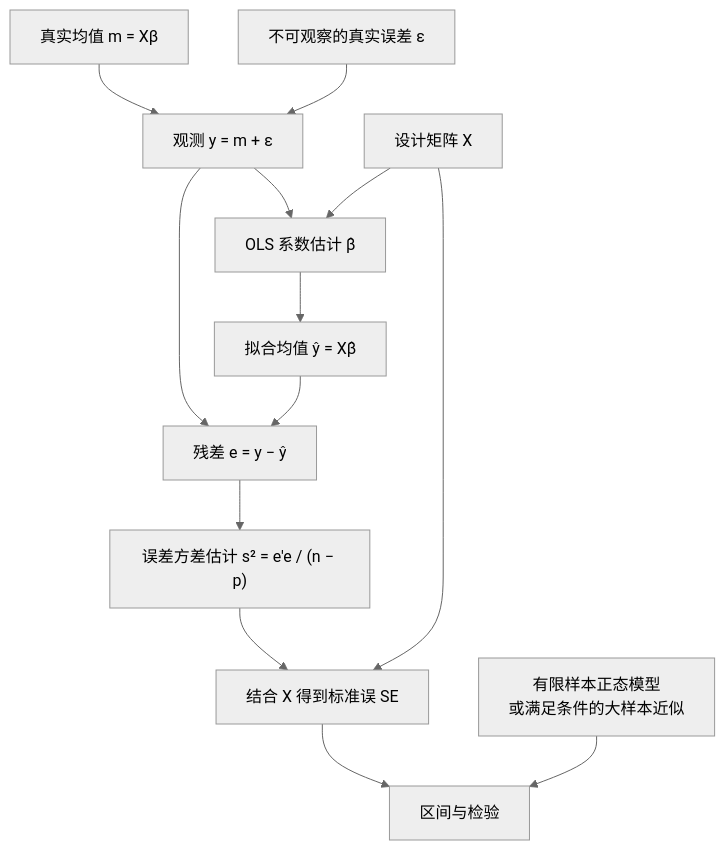
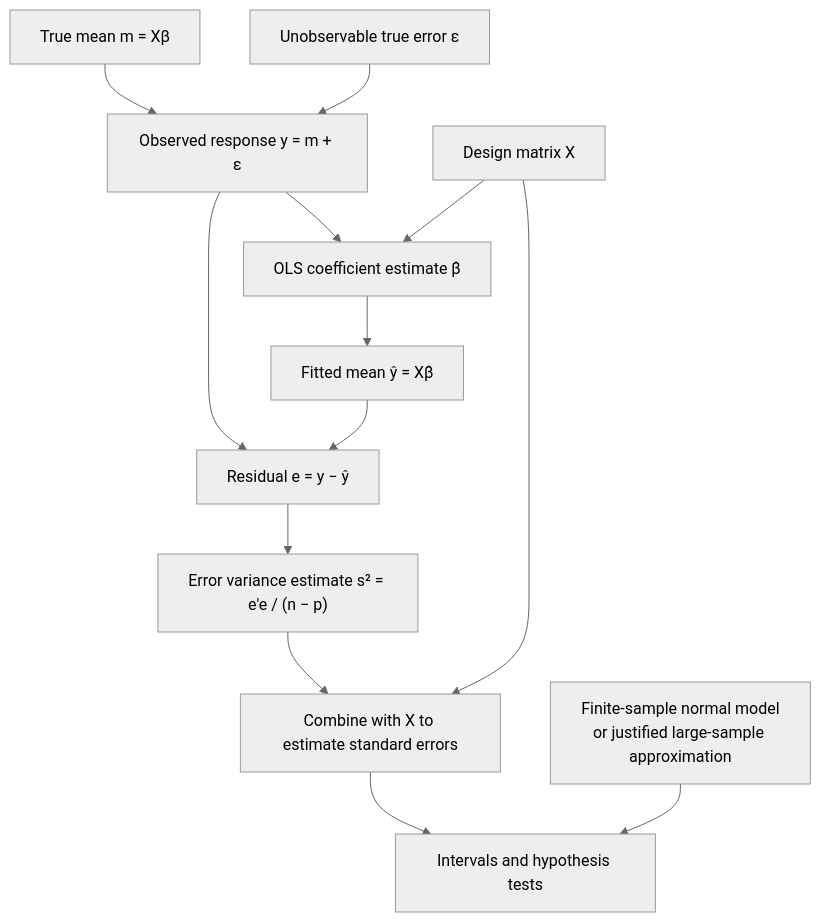
The diagram in KnowledgeCards/Statistics/OLS_Expectation_Variance_Residuals_and_Prediction.md (dingare/quant-homework), drawn with Mermaid (neutral theme) before and after one commit. The commit also changed other lines of this file and 6 other files, not shown here.

````diff
--- a/KnowledgeCards/Statistics/OLS_Expectation_Variance_Residuals_and_Prediction.md
+++ b/KnowledgeCards/Statistics/OLS_Expectation_Variance_Residuals_and_Prediction.md
@@ -37,15 +37,15 @@
 ```mermaid
 flowchart TD
-    Mean["真实均值 m = Xβ"] --> Obs["观测 y = m + ε"]
-    Noise["不可观察的真实误差 ε"] --> Obs
-    Obs --> Coef["OLS 系数估计 β̂"]
-    Coef --> Fit["拟合均值 ŷ = Xβ̂"]
-    Obs --> Resid["残差 e = y − ŷ"]
+    Mean["True mean m = Xβ"] --> Obs["Observed response y = m + ε"]
+    Noise["Unobservable true error ε"] --> Obs
+    Obs --> Coef["OLS coefficient estimate β̂"]
+    Coef --> Fit["Fitted mean ŷ = Xβ̂"]
+    Obs --> Resid["Residual e = y − ŷ"]
     Fit --> Resid
-    Resid --> Scale["误差方差估计 s² = e′e / (n − p)"]
-    Scale --> SE["结合 X 得到标准误 SE"]
-    Design["设计矩阵 X"] --> Coef
+    Resid --> Scale["Error variance estimate s² = e′e / (n − p)"]
+    Scale --> SE["Combine with X to estimate standard errors"]
+    Design["Design matrix X"] --> Coef
     Design --> SE
-    SE --> Inference["区间与检验"]
-    Law["有限样本正态模型<br/>或满足条件的大样本近似"] --> Inference
+    SE --> Inference["Intervals and hypothesis tests"]
+    Law["Finite-sample normal model<br/>or justified large-sample approximation"] --> Inference
 ```
````
